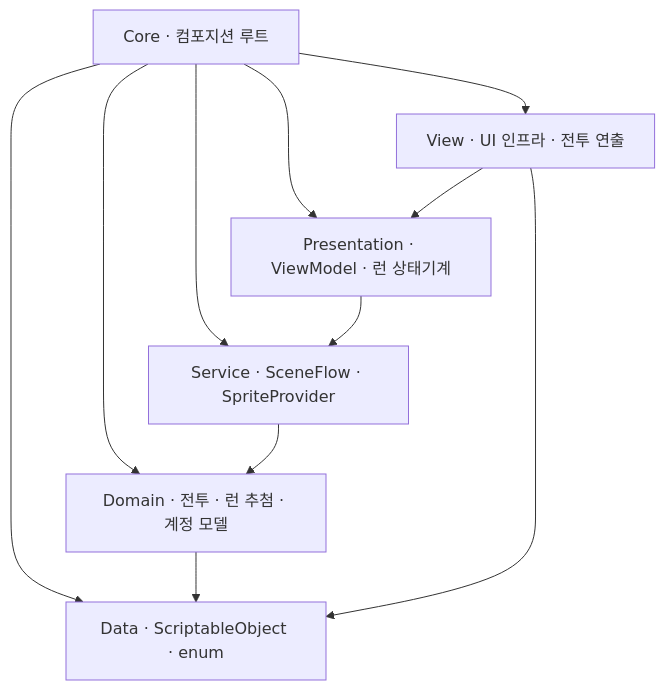
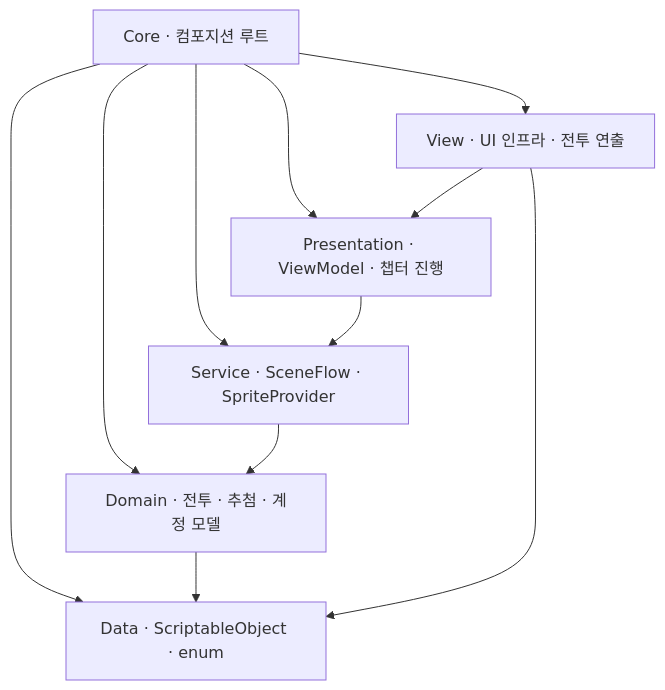
Before and after one commit to Gunheui/Project-Eclipse: the diagram in README.md, drawn with Mermaid. The commit also changed other lines of this file and 2 other files, not shown here.

````diff
--- a/README.md
+++ b/README.md
@@ -61,13 +56,13 @@
 ```mermaid
 flowchart TD
     Core["Core · 컴포지션 루트"]
     View["View · UI 인프라 · 전투 연출"]
-    Presentation["Presentation · ViewModel · 런 상태기계"]
+    Presentation["Presentation · ViewModel · 챕터 진행"]
     Service["Service · SceneFlow · SpriteProvider"]
-    Domain["Domain · 전투 · 런 추첨 · 계정 모델"]
+    Domain["Domain · 전투 · 추첨 · 계정 모델"]
     Data["Data · ScriptableObject · enum"]
 
     Core --> View & Presentation & Service & Domain & Data
     View --> Presentation --> Service --> Domain --> Data
     View --> Data
 ```
````
